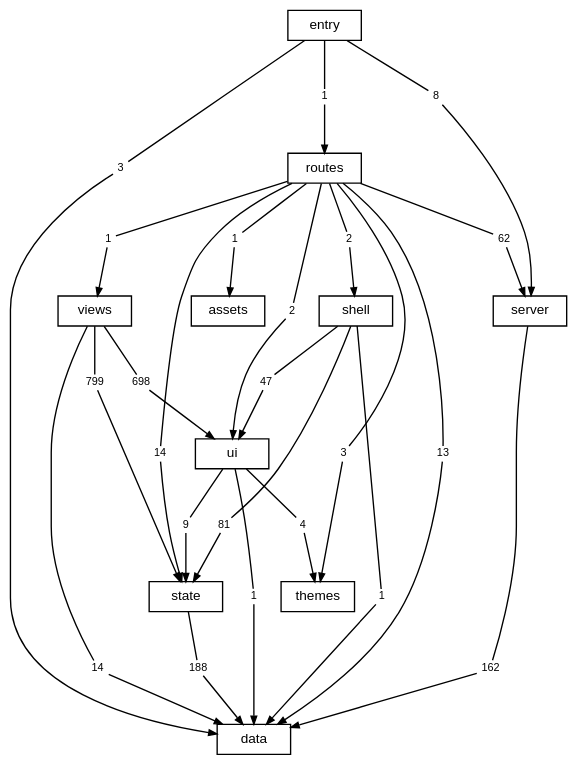
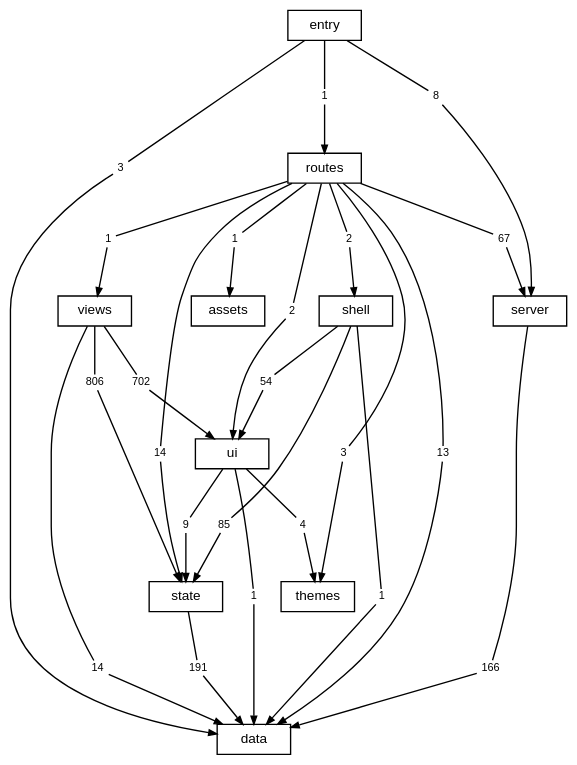
The diagram in docs/diagrams/layers.dot (TheAxeC/oculus), drawn with Graphviz before and after one commit. The commit also changed 144 other files, not shown here.

```diff
--- a/docs/diagrams/layers.dot
+++ b/docs/diagrams/layers.dot
@@ -1,81 +1,81 @@
 digraph layers {
     graph [bgcolor="transparent", rankdir=TB, newrank=true, fontname="Helvetica,Arial,sans-serif", fontsize=12, nodesep=0.2, ranksep=0.5];
     node [shape=box, color="black", fontcolor="black", fontname="Helvetica,Arial,sans-serif", fontsize=10, height=0.3, margin="0.12,0.04"];
     edge [color="black", fontcolor="black", fontname="Helvetica,Arial,sans-serif", fontsize=8, arrowsize=0.6];
     "data";
     "server";
     "state";
     "ui";
     "shell";
     "views";
     "themes";
     "routes";
     "src" [label="entry"];
     "files: assets" [label="assets"];
     "routes to data" [label="13", shape=box, color="transparent", fontsize=8, width=0, height=0, margin="0.04,0.02"];
     "routes" -> "routes to data" [arrowhead=none];
     "routes to data" -> "data" [];
     "routes to files: assets" [label="1", shape=box, color="transparent", fontsize=8, width=0, height=0, margin="0.04,0.02"];
     "routes" -> "routes to files: assets" [arrowhead=none];
     "routes to files: assets" -> "files: assets" [];
-    "routes to server" [label="62", shape=box, color="transparent", fontsize=8, width=0, height=0, margin="0.04,0.02"];
+    "routes to server" [label="67", shape=box, color="transparent", fontsize=8, width=0, height=0, margin="0.04,0.02"];
     "routes" -> "routes to server" [arrowhead=none];
     "routes to server" -> "server" [];
     "routes to shell" [label="2", shape=box, color="transparent", fontsize=8, width=0, height=0, margin="0.04,0.02"];
     "routes" -> "routes to shell" [arrowhead=none];
     "routes to shell" -> "shell" [];
     "routes to state" [label="14", shape=box, color="transparent", fontsize=8, width=0, height=0, margin="0.04,0.02"];
     "routes" -> "routes to state" [arrowhead=none];
     "routes to state" -> "state" [];
     "routes to themes" [label="3", shape=box, color="transparent", fontsize=8, width=0, height=0, margin="0.04,0.02"];
     "routes" -> "routes to themes" [arrowhead=none];
     "routes to themes" -> "themes" [];
     "routes to ui" [label="2", shape=box, color="transparent", fontsize=8, width=0, height=0, margin="0.04,0.02"];
     "routes" -> "routes to ui" [arrowhead=none];
     "routes to ui" -> "ui" [];
     "routes to views" [label="1", shape=box, color="transparent", fontsize=8, width=0, height=0, margin="0.04,0.02"];
     "routes" -> "routes to views" [arrowhead=none];
     "routes to views" -> "views" [];
-    "server to data" [label="162", shape=box, color="transparent", fontsize=8, width=0, height=0, margin="0.04,0.02"];
+    "server to data" [label="166", shape=box, color="transparent", fontsize=8, width=0, height=0, margin="0.04,0.02"];
     "server" -> "server to data" [arrowhead=none];
     "server to data" -> "data" [];
     "shell to data" [label="1", shape=box, color="transparent", fontsize=8, width=0, height=0, margin="0.04,0.02"];
     "shell" -> "shell to data" [arrowhead=none];
     "shell to data" -> "data" [];
-    "shell to state" [label="81", shape=box, color="transparent", fontsize=8, width=0, height=0, margin="0.04,0.02"];
+    "shell to state" [label="85", shape=box, color="transparent", fontsize=8, width=0, height=0, margin="0.04,0.02"];
     "shell" -> "shell to state" [arrowhead=none];
     "shell to state" -> "state" [];
-    "shell to ui" [label="47", shape=box, color="transparent", fontsize=8, width=0, height=0, margin="0.04,0.02"];
+    "shell to ui" [label="54", shape=box, color="transparent", fontsize=8, width=0, height=0, margin="0.04,0.02"];
     "shell" -> "shell to ui" [arrowhead=none];
     "shell to ui" -> "ui" [];
     "src to data" [label="3", shape=box, color="transparent", fontsize=8, width=0, height=0, margin="0.04,0.02"];
     "src" -> "src to data" [arrowhead=none];
     "src to data" -> "data" [];
     "src to routes" [label="1", shape=box, color="transparent", fontsize=8, width=0, height=0, margin="0.04,0.02"];
     "src" -> "src to routes" [arrowhead=none];
     "src to routes" -> "routes" [];
     "src to server" [label="8", shape=box, color="transparent", fontsize=8, width=0, height=0, margin="0.04,0.02"];
     "src" -> "src to server" [arrowhead=none];
     "src to server" -> "server" [];
-    "state to data" [label="188", shape=box, color="transparent", fontsize=8, width=0, height=0, margin="0.04,0.02"];
+    "state to data" [label="191", shape=box, color="transparent", fontsize=8, width=0, height=0, margin="0.04,0.02"];
     "state" -> "state to data" [arrowhead=none];
     "state to data" -> "data" [];
     "ui to data" [label="1", shape=box, color="transparent", fontsize=8, width=0, height=0, margin="0.04,0.02"];
     "ui" -> "ui to data" [arrowhead=none];
     "ui to data" -> "data" [];
     "ui to state" [label="9", shape=box, color="transparent", fontsize=8, width=0, height=0, margin="0.04,0.02"];
     "ui" -> "ui to state" [arrowhead=none];
     "ui to state" -> "state" [];
     "ui to themes" [label="4", shape=box, color="transparent", fontsize=8, width=0, height=0, margin="0.04,0.02"];
     "ui" -> "ui to themes" [arrowhead=none];
     "ui to themes" -> "themes" [];
     "views to data" [label="14", shape=box, color="transparent", fontsize=8, width=0, height=0, margin="0.04,0.02"];
     "views" -> "views to data" [arrowhead=none];
     "views to data" -> "data" [];
-    "views to state" [label="799", shape=box, color="transparent", fontsize=8, width=0, height=0, margin="0.04,0.02"];
+    "views to state" [label="806", shape=box, color="transparent", fontsize=8, width=0, height=0, margin="0.04,0.02"];
     "views" -> "views to state" [arrowhead=none];
     "views to state" -> "state" [];
-    "views to ui" [label="698", shape=box, color="transparent", fontsize=8, width=0, height=0, margin="0.04,0.02"];
+    "views to ui" [label="702", shape=box, color="transparent", fontsize=8, width=0, height=0, margin="0.04,0.02"];
     "views" -> "views to ui" [arrowhead=none];
     "views to ui" -> "ui" [];
 }
```
